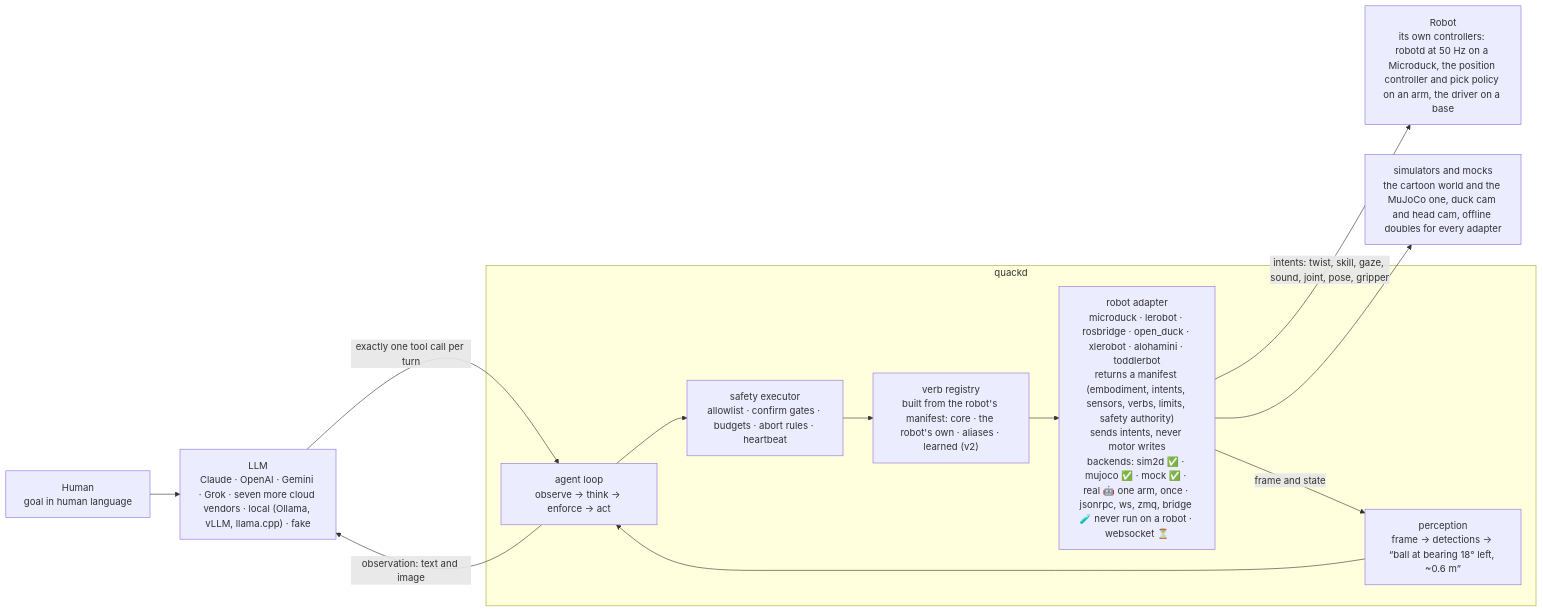
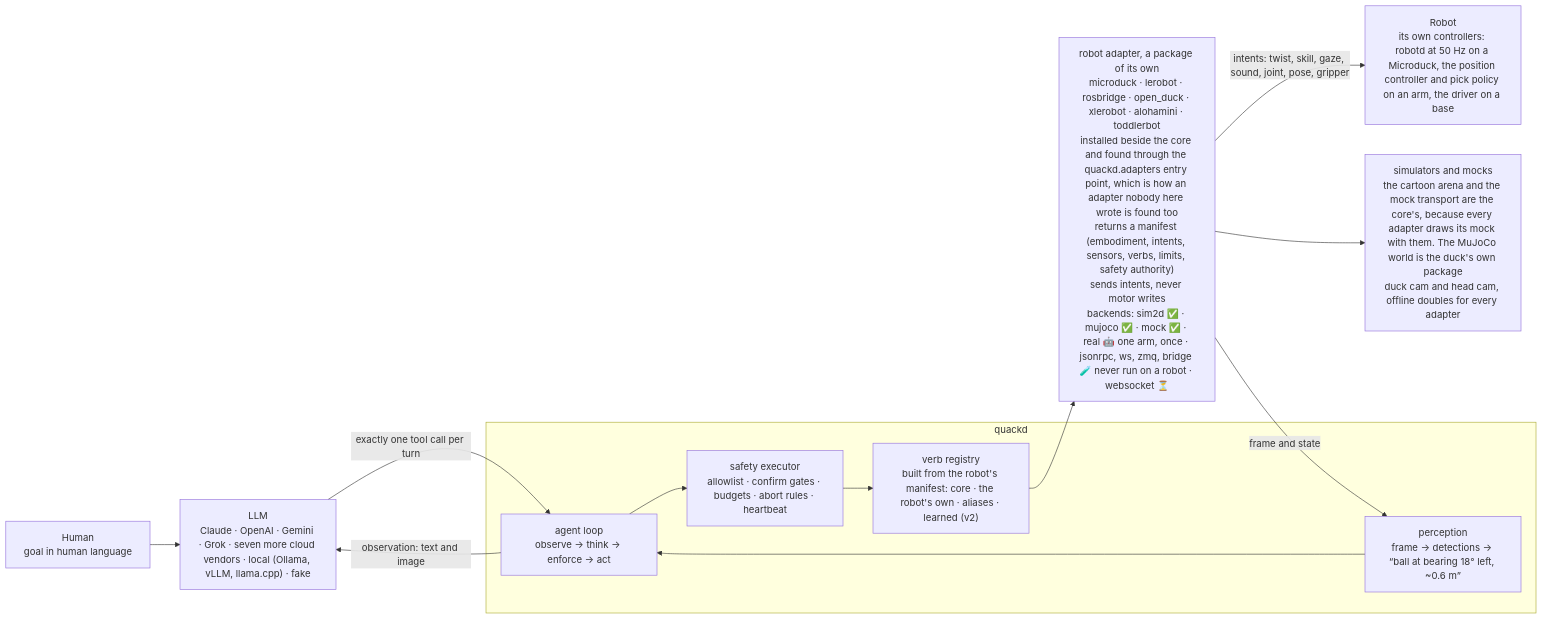
One commit to mantoumaster/quackd changed the second of 2 diagrams in README.md. Above: the diagram before and after it, drawn with Mermaid. The commit also changed other lines of this file and 28 other files, not shown here.

````diff
--- a/README.md
+++ b/README.md
@@ -281,21 +285,21 @@
 ```mermaid
 flowchart LR
     HUMAN["Human<br/>goal in human language"]
     LLM["LLM<br/>Claude · OpenAI · Gemini · Grok · seven more cloud vendors · local (Ollama, vLLM, llama.cpp) · fake"]
     subgraph quackd
         LOOP["agent loop<br/>observe → think → enforce → act"]
         EXEC["safety executor<br/>allowlist · confirm gates · budgets · abort rules · heartbeat"]
         VERBS["verb registry<br/>built from the robot's manifest: core · the robot's own · aliases · learned (v2)"]
         PERC["perception<br/>frame → detections → “ball at bearing 18° left, ~0.6 m”"]
-        ADAPTER["robot adapter<br/>microduck · lerobot · rosbridge · open_duck · xlerobot · alohamini · toddlerbot<br/>returns a manifest (embodiment, intents, sensors, verbs, limits, safety authority)<br/>sends intents, never motor writes<br/>backends: sim2d ✅ · mujoco ✅ · mock ✅ · real 🤖 one arm, once · jsonrpc, ws, zmq, bridge 🧪 never run on a robot · websocket ⏳"]
     end
+    ADAPTER["robot adapter, a package of its own<br/>microduck · lerobot · rosbridge · open_duck · xlerobot · alohamini · toddlerbot<br/>installed beside the core and found through the quackd.adapters entry point, which is how an adapter nobody here wrote is found too<br/>returns a manifest (embodiment, intents, sensors, verbs, limits, safety authority)<br/>sends intents, never motor writes<br/>backends: sim2d ✅ · mujoco ✅ · mock ✅ · real 🤖 one arm, once · jsonrpc, ws, zmq, bridge 🧪 never run on a robot · websocket ⏳"]
     ROBOT["Robot<br/>its own controllers: robotd at 50 Hz on a Microduck, the position controller and pick policy on an arm, the driver on a base"]
-    SIM["simulators and mocks<br/>the cartoon world and the MuJoCo one, duck cam and head cam, offline doubles for every adapter"]
+    SIM["simulators and mocks<br/>the cartoon arena and the mock transport are the core's, because every adapter draws its mock with them. The MuJoCo world is the duck's own package<br/>duck cam and head cam, offline doubles for every adapter"]
     HUMAN --> LLM
     LLM -- "exactly one tool call per turn" --> LOOP
     LOOP --> EXEC --> VERBS --> ADAPTER
     ADAPTER -- "intents: twist, skill, gaze, sound, joint, pose, gripper" --> ROBOT
     ADAPTER --> SIM
     ADAPTER -- "frame and state" --> PERC --> LOOP
     LOOP -- "observation: text and image" --> LLM
 ```
````
